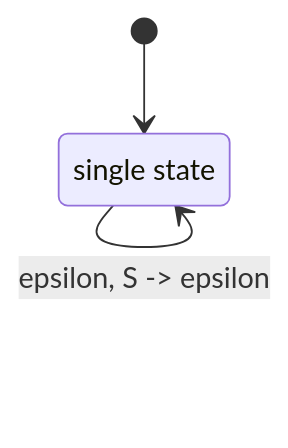
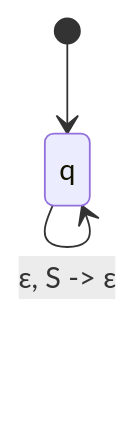
The third of 6 diagrams in Theory Of Computation/Ch07 - Pushdown Automata.md (manishkumar8312/CS-Fundamentals), drawn with Mermaid before and after one commit. The commit also changed other lines of this file, not shown here.

````diff
--- a/Theory Of Computation/Ch07 - Pushdown Automata.md
+++ b/Theory Of Computation/Ch07 - Pushdown Automata.md
@@ -129,8 +218,7 @@
 ```mermaid
 stateDiagram-v2
-    q : single state
     [*] --> q
-    q --> q : a, S -> S B
-    q --> q : b, B -> epsilon
-    q --> q : epsilon, S -> epsilon
+    q --> q : a, S -> SB
+    q --> q : b, B -> ε
+    q --> q : ε, S -> ε
 ```
````
